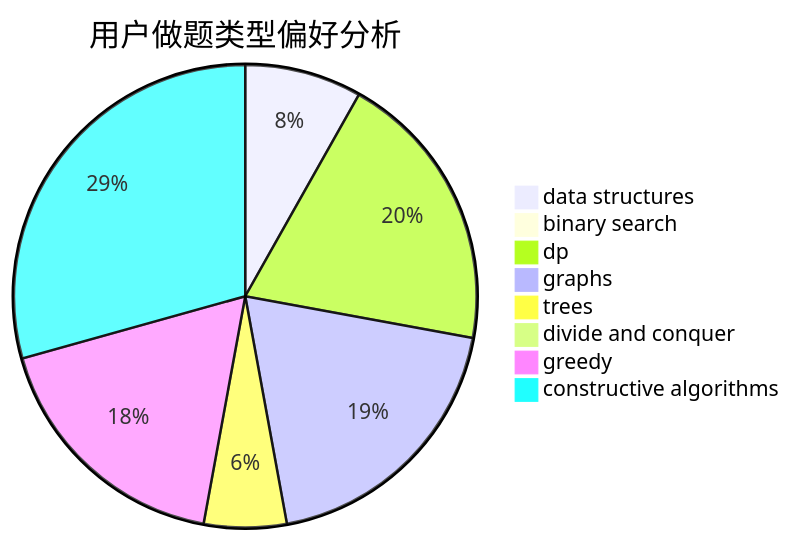
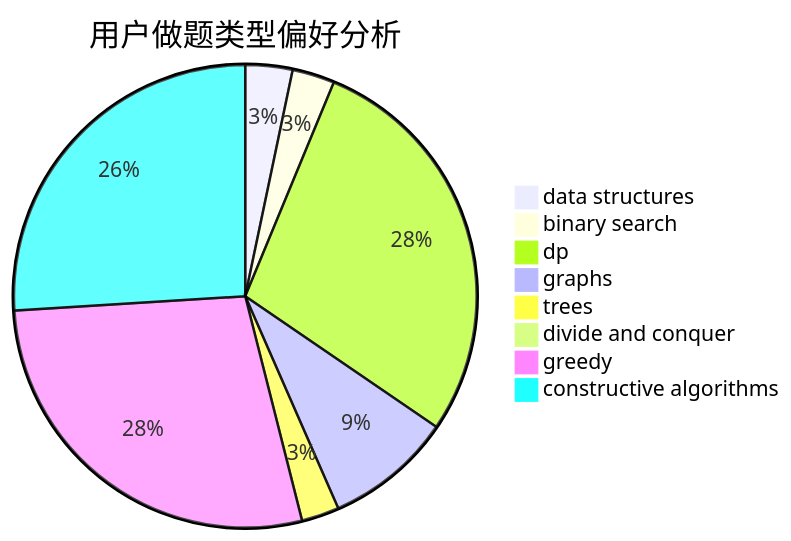
Before and after one commit to sherpahu/cfrs.github.io: the second of 3 diagrams in docs/user/u1294.md, drawn with Mermaid. The commit also changed other lines of this file and 2770 other files, not shown here.

````diff
--- a/docs/user/u1294.md
+++ b/docs/user/u1294.md
@@ -23,11 +23,11 @@
 ```mermaid
 pie title 用户做题类型偏好分析
-    "data structures" :  17
-    "binary search" :  1
-    "dp" :  41
-    "graphs" :  40
-    "trees" :  12
+    "data structures" :  10
+    "binary search" :  9
+    "dp" :  86
+    "graphs" :  27
+    "trees" :  8
     "divide and conquer" :  0
-    "greedy" :  37
-    "constructive algorithms" :  61
+    "greedy" :  85
+    "constructive algorithms" :  79
 ```
````
